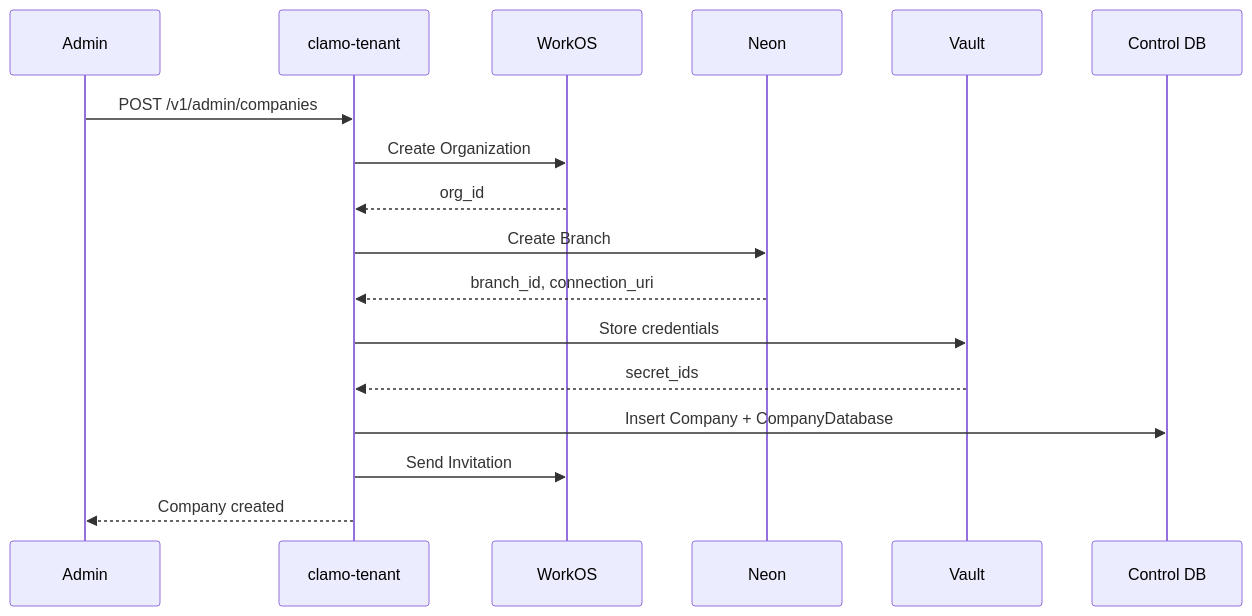
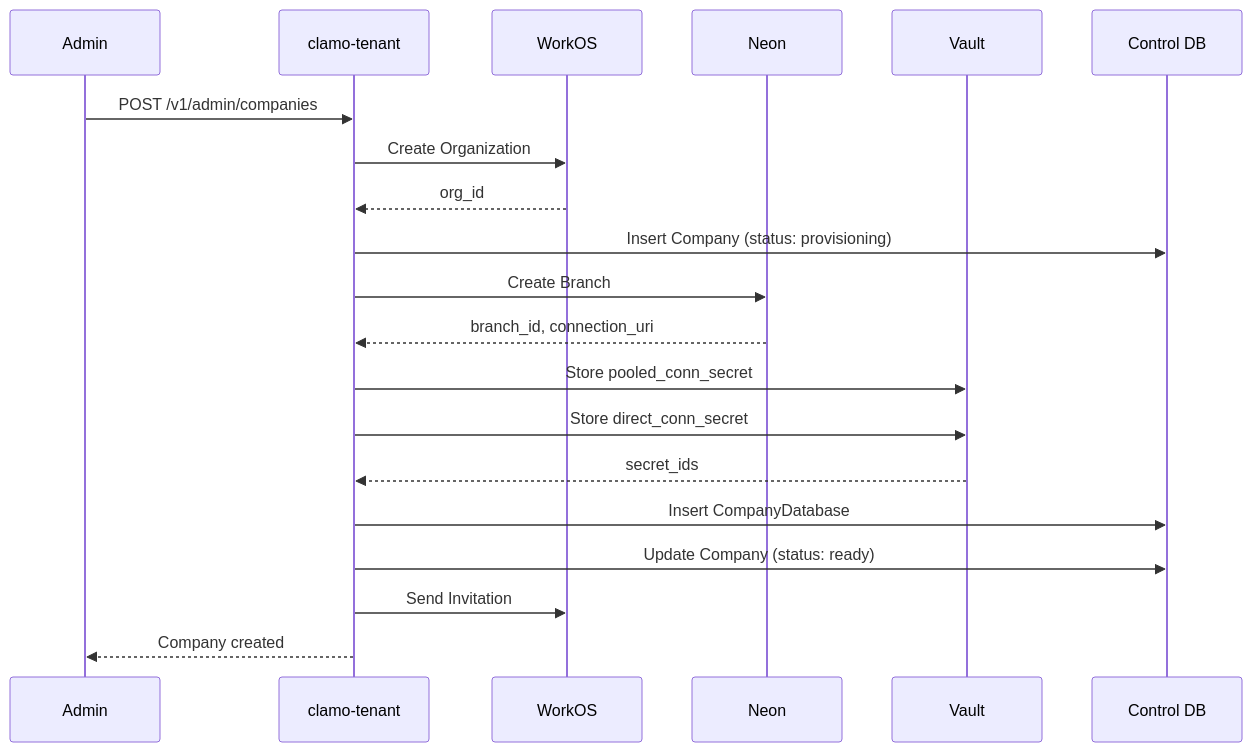
One commit to GetClamo/docs changed the second of 2 diagrams in en/services/clamo-tenant.mdx. Above: the diagram before and after it, drawn with Mermaid. The commit also changed other lines of this file and 10 other files, not shown here.

First line of the commit message:
docs: update ask-clamo documentation to reflect unified architecture and profile integration

````diff
--- a/en/services/clamo-tenant.mdx
+++ b/en/services/clamo-tenant.mdx
@@ -91,20 +154,28 @@
 ```mermaid
 sequenceDiagram
     participant Admin
     participant API as clamo-tenant
     participant WorkOS
     participant Neon
     participant Vault
     participant DB as Control DB
 
     Admin->>API: POST /v1/admin/companies
     API->>WorkOS: Create Organization
     WorkOS-->>API: org_id
+    
+    API->>DB: Insert Company (status: provisioning)
+    
     API->>Neon: Create Branch
     Neon-->>API: branch_id, connection_uri
-    API->>Vault: Store credentials
+    
+    API->>Vault: Store pooled_conn_secret
+    API->>Vault: Store direct_conn_secret
     Vault-->>API: secret_ids
-    API->>DB: Insert Company + CompanyDatabase
+    
+    API->>DB: Insert CompanyDatabase
+    API->>DB: Update Company (status: ready)
+    
     API->>WorkOS: Send Invitation
     API-->>Admin: Company created
 ```
````
